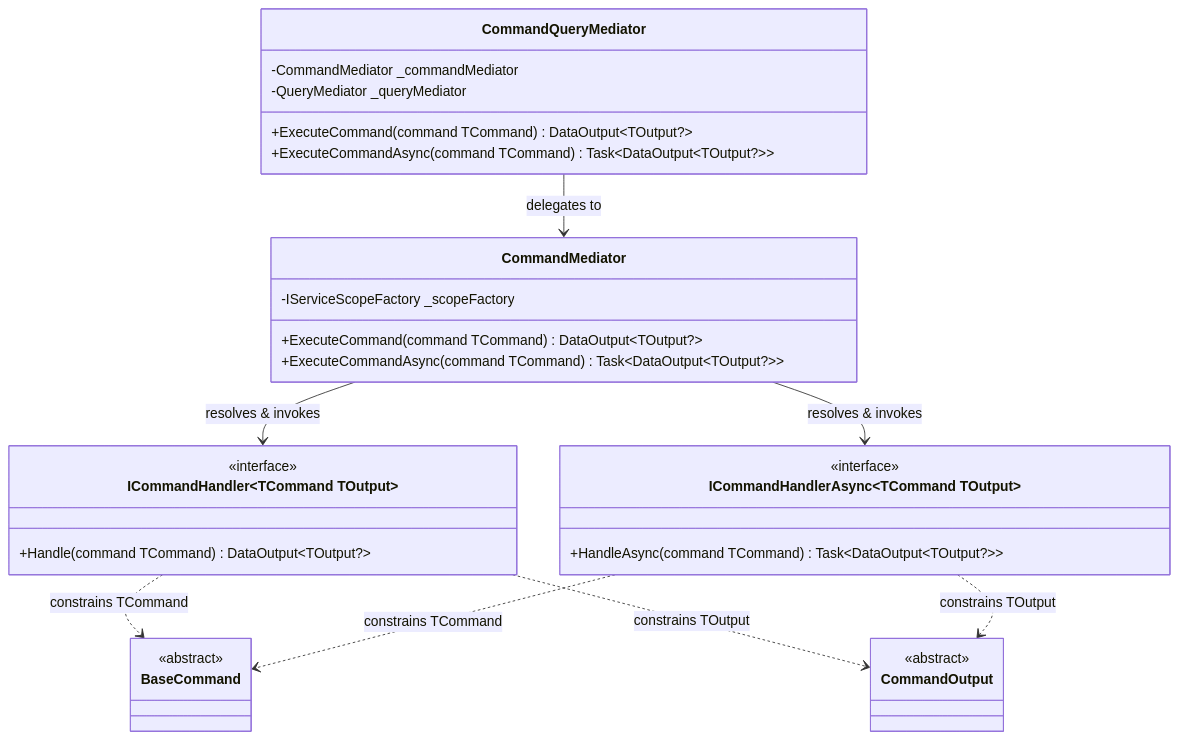
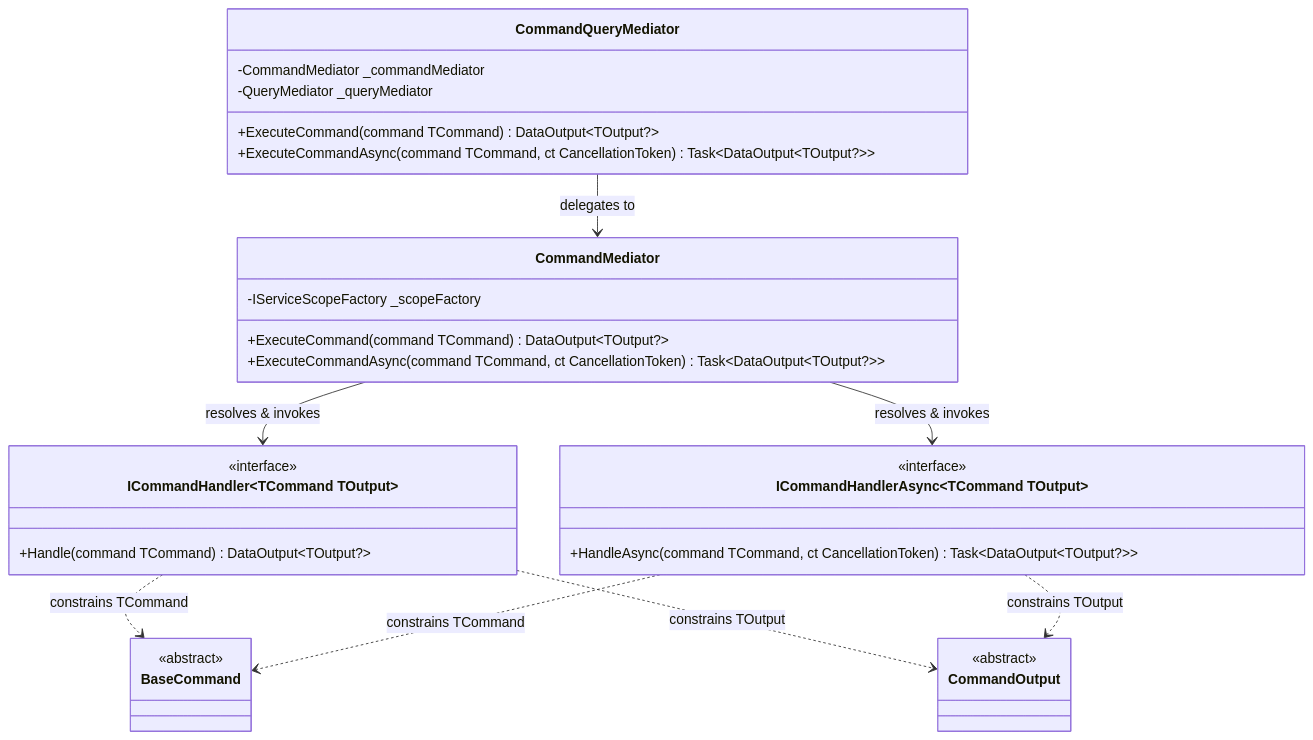
Before and after one commit to artur-rios/dotnet-mediator: the first of 3 diagrams in docs/content/en/docs/command-architecture.md, drawn with Mermaid. The commit also changed other lines of this file and 14 other files, not shown here.

````diff
--- a/docs/content/en/docs/command-architecture.md
+++ b/docs/content/en/docs/command-architecture.md
@@ -78,43 +78,43 @@
 ```mermaid
 classDiagram
     direction TB
 
     class BaseCommand {
         <<abstract>>
     }
 
     class CommandOutput {
         <<abstract>>
     }
 
     class ICommandHandler~TCommand TOutput~ {
         <<interface>>
         +Handle(command TCommand) DataOutput~TOutput?~
     }
 
     class ICommandHandlerAsync~TCommand TOutput~ {
         <<interface>>
-        +HandleAsync(command TCommand) Task~DataOutput~TOutput?~~
+        +HandleAsync(command TCommand, ct CancellationToken) Task~DataOutput~TOutput?~~
     }
 
     class CommandMediator {
         -IServiceScopeFactory _scopeFactory
         +ExecuteCommand(command TCommand) DataOutput~TOutput?~
-        +ExecuteCommandAsync(command TCommand) Task~DataOutput~TOutput?~~
+        +ExecuteCommandAsync(command TCommand, ct CancellationToken) Task~DataOutput~TOutput?~~
     }
 
     class CommandQueryMediator {
         -CommandMediator _commandMediator
         -QueryMediator _queryMediator
         +ExecuteCommand(command TCommand) DataOutput~TOutput?~
-        +ExecuteCommandAsync(command TCommand) Task~DataOutput~TOutput?~~
+        +ExecuteCommandAsync(command TCommand, ct CancellationToken) Task~DataOutput~TOutput?~~
     }
 
     ICommandHandler~TCommand TOutput~ ..> BaseCommand : constrains TCommand
     ICommandHandler~TCommand TOutput~ ..> CommandOutput : constrains TOutput
     ICommandHandlerAsync~TCommand TOutput~ ..> BaseCommand : constrains TCommand
     ICommandHandlerAsync~TCommand TOutput~ ..> CommandOutput : constrains TOutput
     CommandMediator --> ICommandHandler~TCommand TOutput~ : resolves & invokes
     CommandMediator --> ICommandHandlerAsync~TCommand TOutput~ : resolves & invokes
     CommandQueryMediator --> CommandMediator : delegates to
 ```
````
